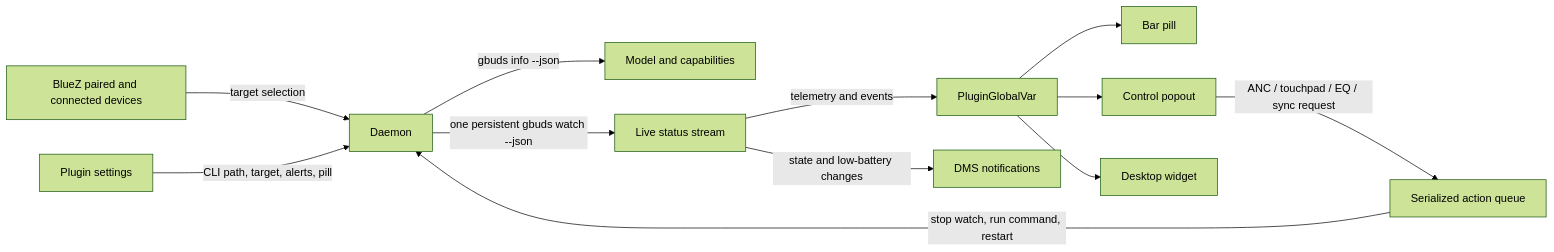
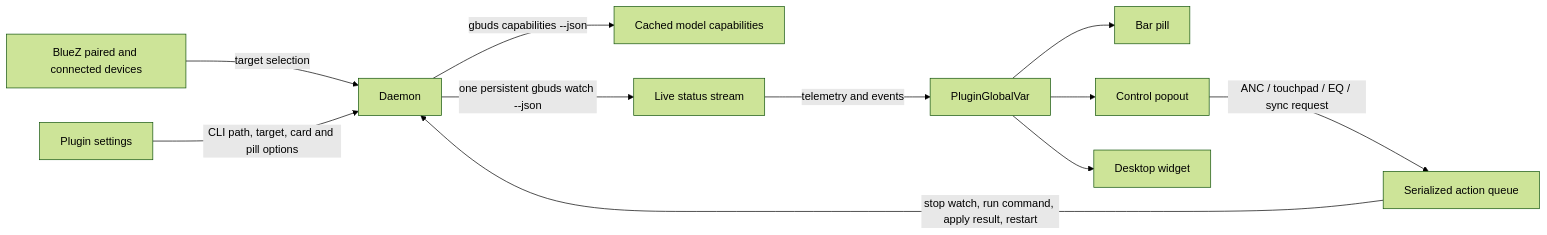
Before and after one commit to JessVolet/Gbuds-Widget: the diagram in docs/ARCHITECTURE.md, drawn with Mermaid (forest theme). The commit also changed other lines of this file and 31 other files, not shown here.

````diff
--- a/docs/ARCHITECTURE.md
+++ b/docs/ARCHITECTURE.md
@@ -5,14 +5,13 @@
 ```mermaid
 flowchart LR
     BlueZ[BlueZ paired and connected devices] -->|target selection| Daemon
-    Daemon -->|gbuds info --json| Metadata[Model and capabilities]
+    Daemon -->|gbuds capabilities --json| Metadata[Cached model capabilities]
     Daemon -->|one persistent gbuds watch --json| Watch[Live status stream]
     Watch -->|telemetry and events| State[PluginGlobalVar]
     State --> Pill[Bar pill]
     State --> Panel[Control popout]
     State --> Desktop[Desktop widget]
     Panel -->|ANC / touchpad / EQ / sync request| Queue[Serialized action queue]
-    Queue -->|stop watch, run command, restart| Daemon
-    Settings[Plugin settings] -->|CLI path, target, alerts, pill| Daemon
-    Watch -->|state and low-battery changes| Notify[DMS notifications]
+    Queue -->|stop watch, run command, apply result, restart| Daemon
+    Settings[Plugin settings] -->|CLI path, target, card and pill options| Daemon
 ```
````
